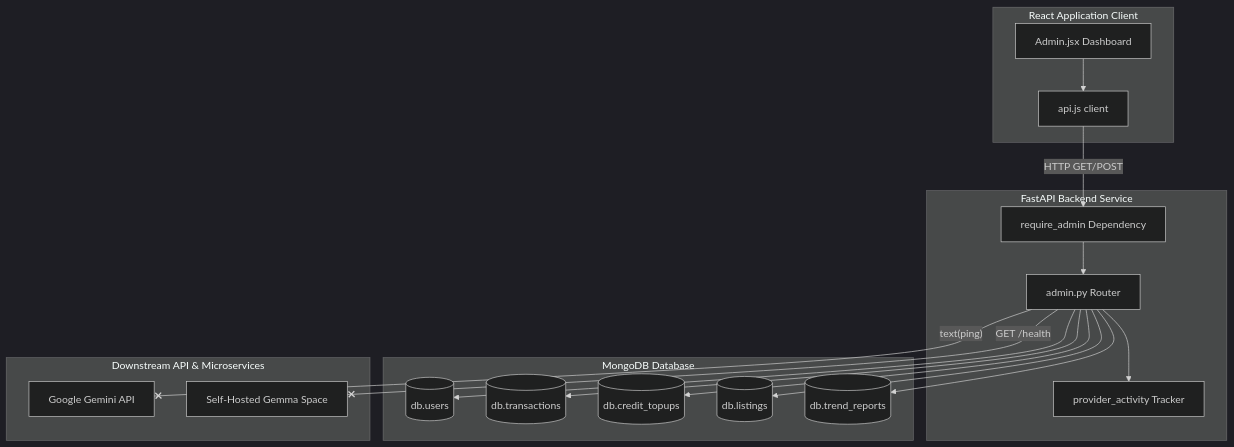
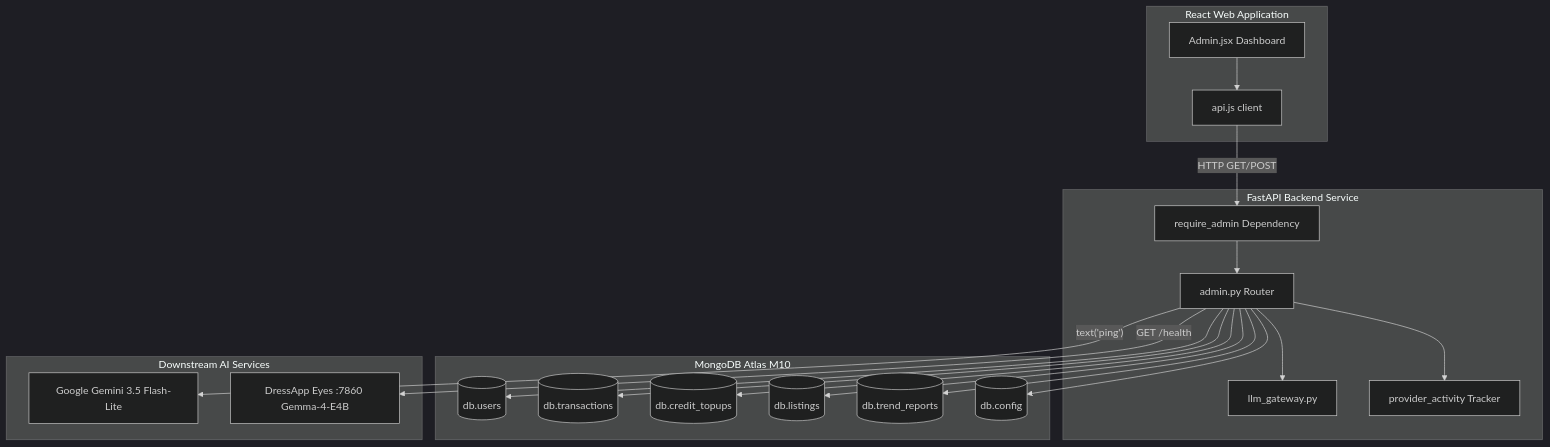
Before and after one commit to Yoram-Jacobs/DressAppV1: the diagram in apps/web/public/wiki/ar/admin.md, drawn with Mermaid (dark theme). The commit also changed other lines of this file and 160 other files, not shown here.

Commit message:
docs: update architecture, user manual, and help wiki across 13 languages

````diff
--- a/apps/web/public/wiki/ar/admin.md
+++ b/apps/web/public/wiki/ar/admin.md
@@ -15,44 +15,49 @@
 ```mermaid
 graph TD
-    %% Frontend Components
-    subgraph Frontend [React Application Client]
+    %% Frontend Layer
+    subgraph Frontend [React Web Application]
         UI[Admin.jsx Dashboard]
-        API_JS[api.js client]
-        UI --> API_JS
+        API[api.js client]
+        UI --> API
     end
 
-    %% Backend Router
+    %% Backend Router & Security
     subgraph Backend [FastAPI Backend Service]
         Router[admin.py Router]
         Auth[require_admin Dependency]
-        ProviderAct[provider_activity Tracker]
+        Gateway[llm_gateway.py]
+        Activity[provider_activity Tracker]
         
-        API_JS -- HTTP GET/POST --> Auth
+        API -- HTTP GET/POST --> Auth
         Auth --> Router
+        Router --> Gateway
+        Router --> Activity
     end
 
-    %% Database & Downstream
-    subgraph Storage [MongoDB Database]
+    %% Data Storage
+    subgraph Storage [MongoDB Atlas M10]
         db_users[(db.users)]
         db_tx[(db.transactions)]
         db_topups[(db.credit_topups)]
         db_listings[(db.listings)]
         db_trends[(db.trend_reports)]
+        db_config[(db.config)]
     end
 
-    subgraph AI_Services [Downstream API & Microservices]
-        Gemini[Google Gemini API]
-        Gemma[Self-Hosted Gemma Space]
+    %% Downstream Microservices
+    subgraph AI_Engines [Downstream AI Services]
+        Gemini[Google Gemini 3.5 Flash-Lite]
+        Eyes[DressApp Eyes :7860 Gemma-4-E4B]
     end
 
     Router --> db_users
     Router --> db_tx
     Router --> db_topups
     Router --> db_listings
     Router --> db_trends
-    Router --> ProviderAct
+    Router --> db_config
     
-    %% Downstream Checks
-    Router -- text(ping) --x Gemini
-    Router -- GET /health --x Gemma
+    %% Downstream Probes
+    Router -- text('ping') --> Gemini
+    Router -- GET /health --> Eyes
 ```
````
